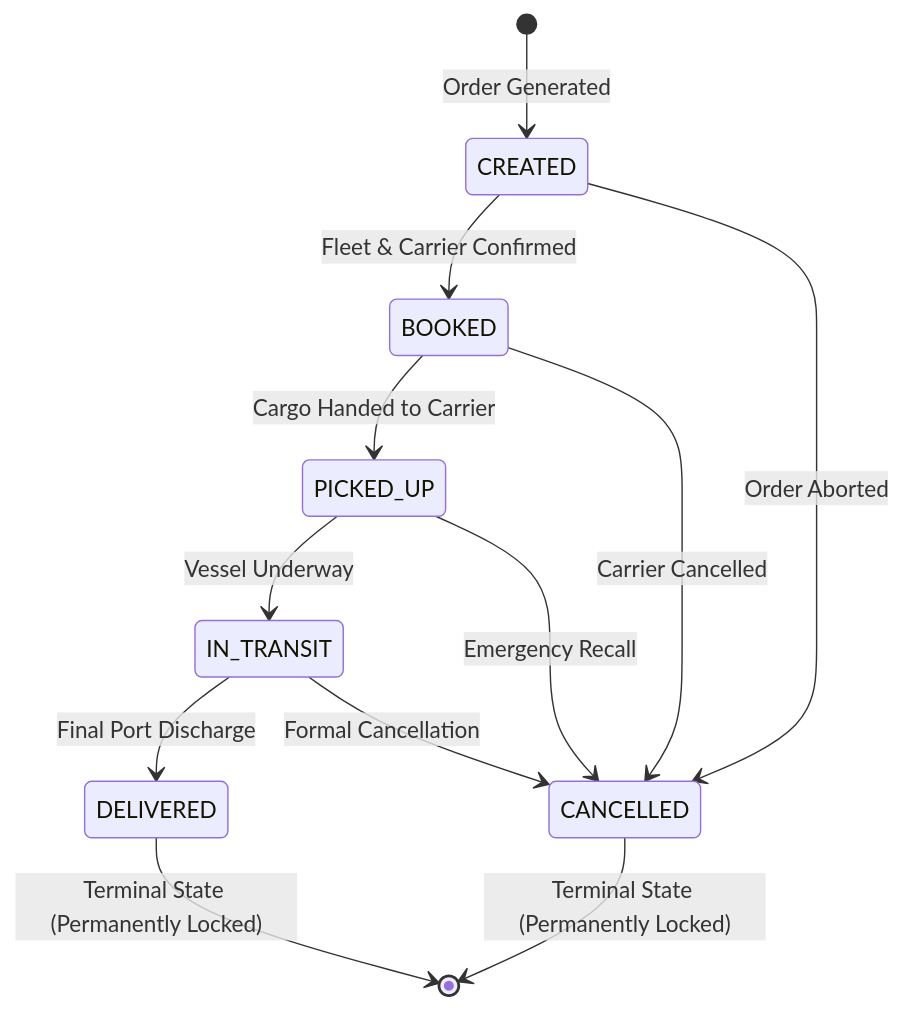
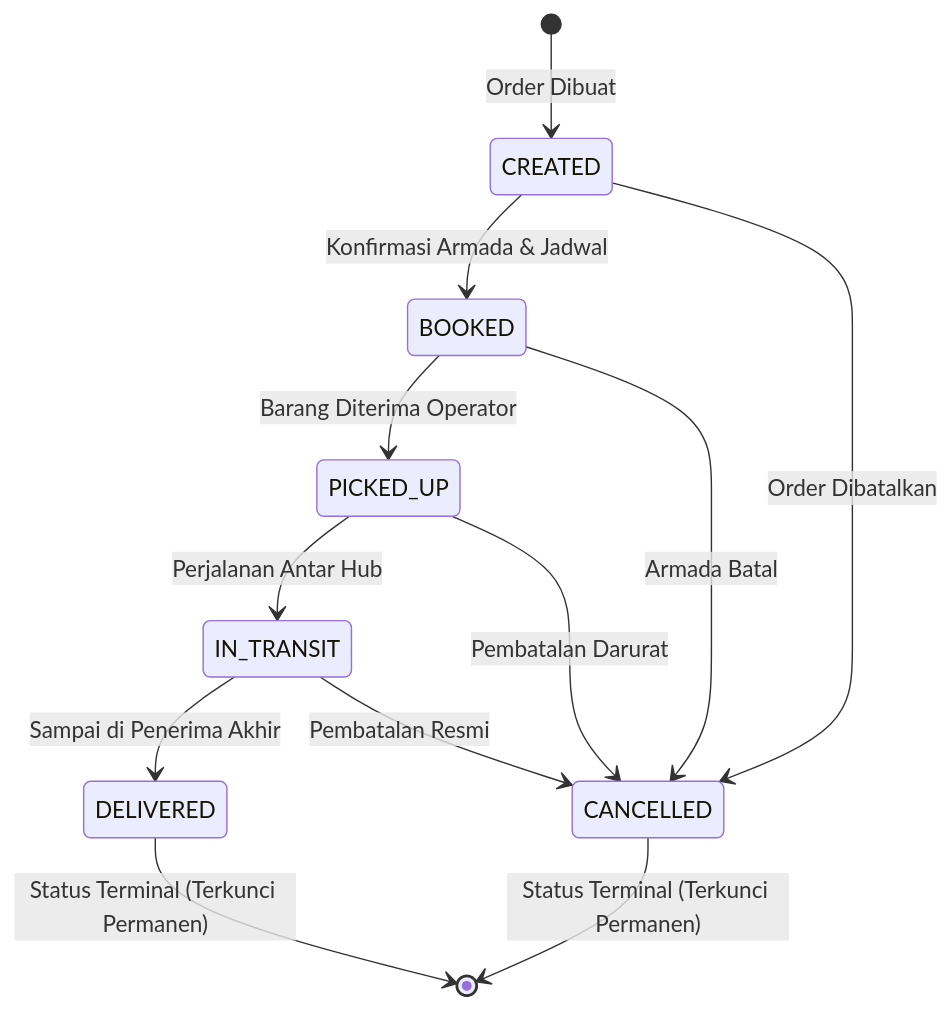
The second of 3 diagrams in README.md (Nafs28/CargoTracer_UAS_PemrogramanWeb), drawn with Mermaid before and after one commit. The commit also changed other lines of this file and 10 other files, not shown here.

````diff
--- a/README.md
+++ b/README.md
@@ -82,15 +82,15 @@
 ```mermaid
 stateDiagram-v2
-    [*] --> CREATED: Order Generated
-    CREATED --> BOOKED: Fleet & Carrier Confirmed
-    BOOKED --> PICKED_UP: Cargo Handed to Carrier
-    PICKED_UP --> IN_TRANSIT: Vessel Underway
-    IN_TRANSIT --> DELIVERED: Final Port Discharge
-    DELIVERED --> [*]: Terminal State (Permanently Locked)
+    [*] --> CREATED: Order Dibuat
+    CREATED --> BOOKED: Konfirmasi Armada & Jadwal
+    BOOKED --> PICKED_UP: Barang Diterima Operator
+    PICKED_UP --> IN_TRANSIT: Perjalanan Antar Hub
+    IN_TRANSIT --> DELIVERED: Sampai di Penerima Akhir
+    DELIVERED --> [*]: Status Terminal (Terkunci Permanen)
 
-    CREATED --> CANCELLED: Order Aborted
-    BOOKED --> CANCELLED: Carrier Cancelled
-    PICKED_UP --> CANCELLED: Emergency Recall
-    IN_TRANSIT --> CANCELLED: Formal Cancellation
-    CANCELLED --> [*]: Terminal State (Permanently Locked)
+    CREATED --> CANCELLED: Order Dibatalkan
+    BOOKED --> CANCELLED: Armada Batal
+    PICKED_UP --> CANCELLED: Pembatalan Darurat
+    IN_TRANSIT --> CANCELLED: Pembatalan Resmi
+    CANCELLED --> [*]: Status Terminal (Terkunci Permanen)
 ```
````
